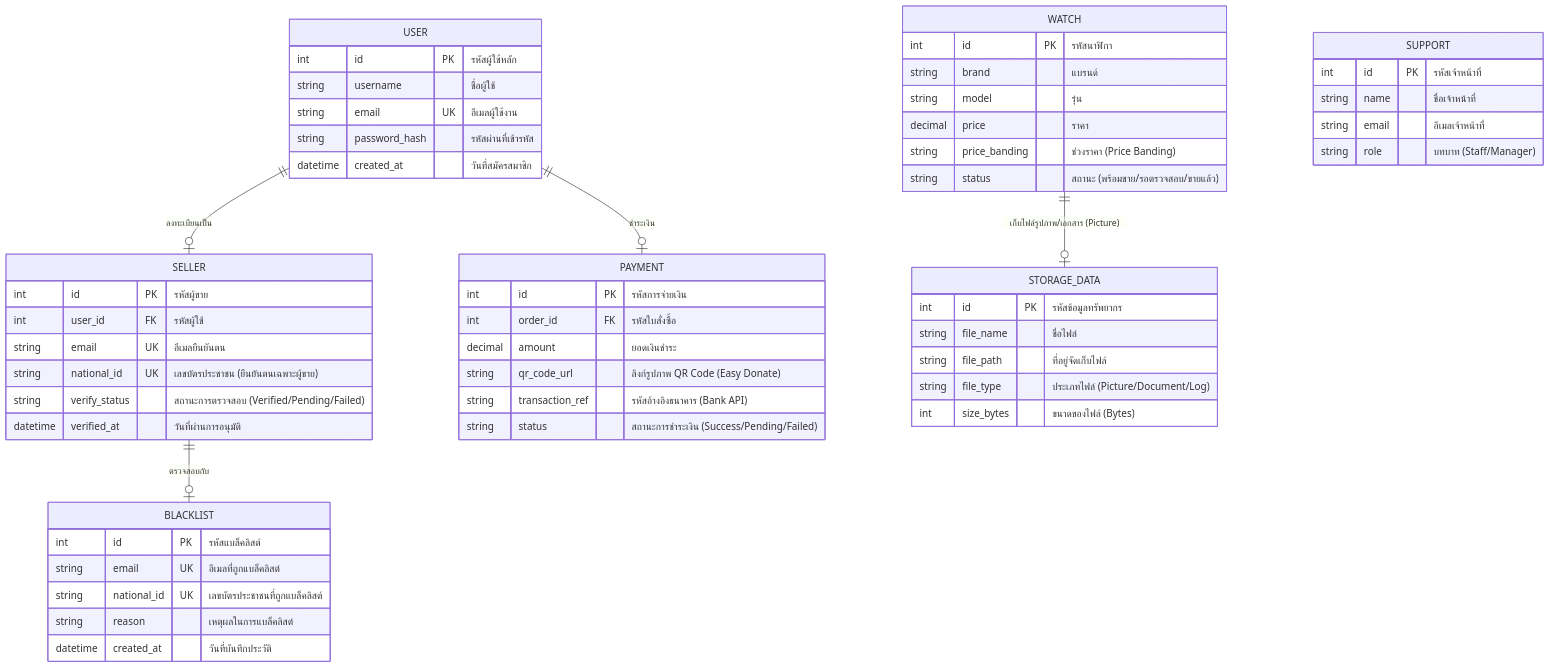
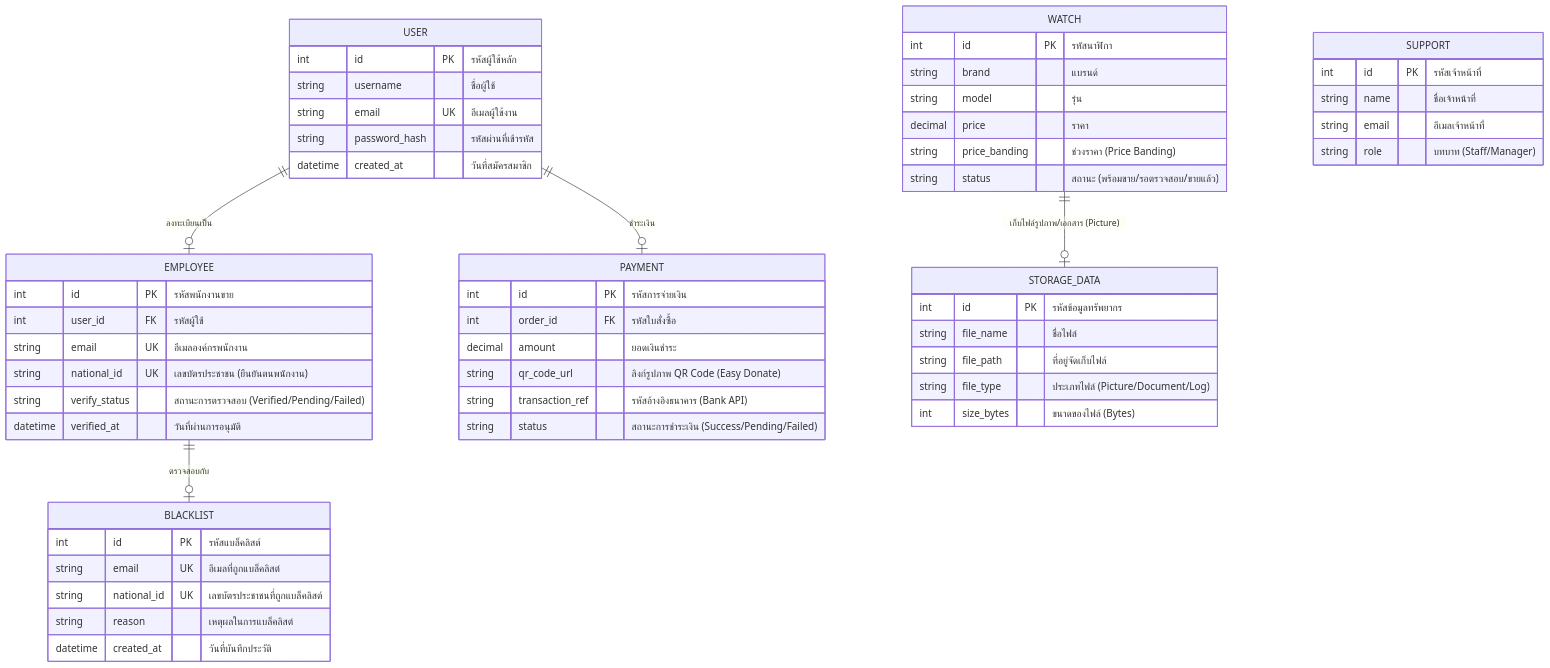
Before and after one commit to sShinjikubs/WatchMarket: the sixth of 6 diagrams in analysis_design.md, drawn with Mermaid. The commit also changed other lines of this file and 2 other files, not shown here.

Commit message:
refactor: rename Seller role to Employee across code, UI, and design docs

````diff
--- a/analysis_design.md
+++ b/analysis_design.md
@@ -501,66 +501,66 @@
 ```mermaid
 erDiagram
     USER {
         int id PK "รหัสผู้ใช้หลัก"
         string username "ชื่อผู้ใช้"
         string email UK "อีเมลผู้ใช้งาน"
         string password_hash "รหัสผ่านที่เข้ารหัส"
         datetime created_at "วันที่สมัครสมาชิก"
     }
 
-    SELLER {
-        int id PK "รหัสผู้ขาย"
+    EMPLOYEE {
+        int id PK "รหัสพนักงานขาย"
         int user_id FK "รหัสผู้ใช้"
-        string email UK "อีเมลยืนยันตน"
-        string national_id UK "เลขบัตรประชาชน (ยืนยันตนเฉพาะผู้ขาย)"
+        string email UK "อีเมลองค์กรพนักงาน"
+        string national_id UK "เลขบัตรประชาชน (ยืนยันตนพนักงาน)"
         string verify_status "สถานะการตรวจสอบ (Verified/Pending/Failed)"
         datetime verified_at "วันที่ผ่านการอนุมัติ"
     }
 
     BLACKLIST {
         int id PK "รหัสแบล็คลิสต์"
         string email UK "อีเมลที่ถูกแบล็คลิสต์"
         string national_id UK "เลขบัตรประชาชนที่ถูกแบล็คลิสต์"
         string reason "เหตุผลในการแบล็คลิสต์"
         datetime created_at "วันที่บันทึกประวัติ"
     }
 
     WATCH {
         int id PK "รหัสนาฬิกา"
         string brand "แบรนด์"
         string model "รุ่น"
         decimal price "ราคา"
         string price_banding "ช่วงราคา (Price Banding)"
         string status "สถานะ (พร้อมขาย/รอตรวจสอบ/ขายแล้ว)"
     }
 
     SUPPORT {
         int id PK "รหัสเจ้าหน้าที่"
         string name "ชื่อเจ้าหน้าที่"
         string email "อีเมลเจ้าหน้าที่"
         string role "บทบาท (Staff/Manager)"
     }
 
     PAYMENT {
         int id PK "รหัสการจ่ายเงิน"
         int order_id FK "รหัสใบสั่งซื้อ"
         decimal amount "ยอดเงินชำระ"
         string qr_code_url "ลิงก์รูปภาพ QR Code (Easy Donate)"
         string transaction_ref "รหัสอ้างอิงธนาคาร (Bank API)"
         string status "สถานะการชำระเงิน (Success/Pending/Failed)"
     }
 
     STORAGE_DATA {
         int id PK "รหัสข้อมูลทรัพยากร"
         string file_name "ชื่อไฟล์"
         string file_path "ที่อยู่จัดเก็บไฟล์"
         string file_type "ประเภทไฟล์ (Picture/Document/Log)"
         int size_bytes "ขนาดของไฟล์ (Bytes)"
     }
 
     %% ความสัมพันธ์
-    USER ||--o| SELLER : "ลงทะเบียนเป็น"
-    SELLER ||--o| BLACKLIST : "ตรวจสอบกับ"
+    USER ||--o| EMPLOYEE : "ลงทะเบียนเป็น"
+    EMPLOYEE ||--o| BLACKLIST : "ตรวจสอบกับ"
     USER ||--o| PAYMENT : "ชำระเงิน"
     WATCH ||--o| STORAGE_DATA : "เก็บไฟล์รูปภาพ/เอกสาร (Picture)"
 ```
````
